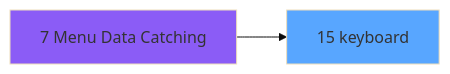
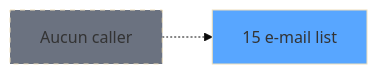
The second of 3 diagrams in .openspec/specs/ADH-IDE-15.md (thonyAGP/magic-migration), drawn with Mermaid (base theme) before and after one commit. The commit also changed other lines of this file and 311 other files, not shown here.

````diff
--- a/.openspec/specs/ADH-IDE-15.md
+++ b/.openspec/specs/ADH-IDE-15.md
@@ -925,8 +109,8 @@
 ```mermaid
 graph LR
-    T15[15 keyboard]
+    T15[15 e-mail list]
     style T15 fill:#58a6ff
-    CC7[7 Menu Data Catching]
-    style CC7 fill:#8b5cf6
-    CC7 --> T15
+    NONE[Aucun caller]
+    NONE -.-> T15
+    style NONE fill:#6b7280,stroke-dasharray: 5 5
 ```
````
